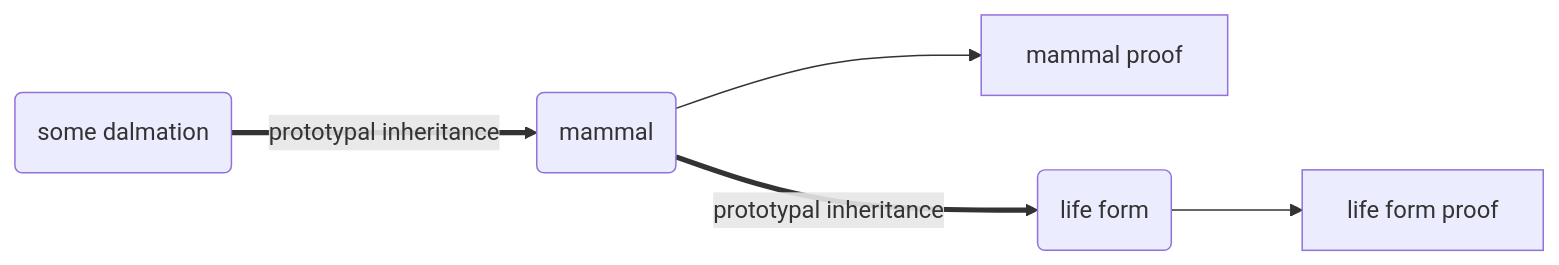
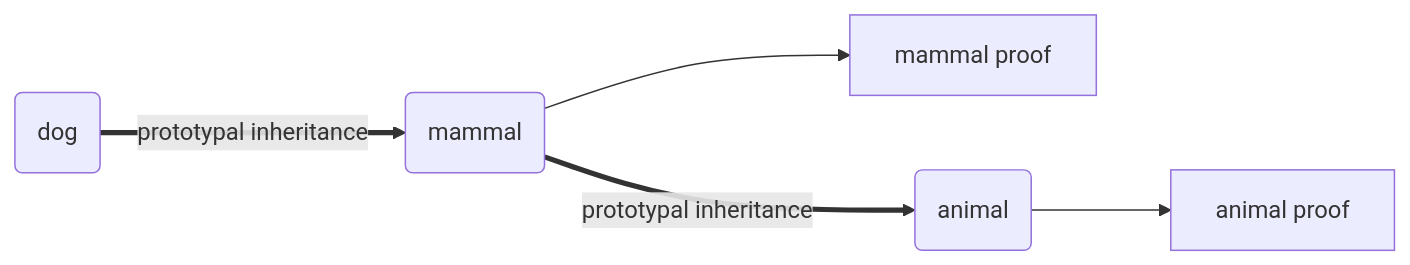
One commit to unrival-protocol/documentation changed the second of 5 diagrams in source/whitepaper.org. Above: the diagram before and after it, drawn with Mermaid. The commit also changed other lines of this file and 2 other files, not shown here.

```diff
--- a/source/whitepaper.org
+++ b/source/whitepaper.org
@@ -234,7 +226,7 @@
 #+begin_src mermaid :css-file ./mermaid-styles.css  :file static/images/indirect-proof-1.svg
 graph LR
-    A(some dalmation) == prototypal inheritance ==> B(mammal)
+    A(dog) == prototypal inheritance ==> B(mammal)
     B --> D[mammal proof]
-    B == prototypal inheritance ==> C(life form)
-    C --> E[life form proof]
+    B == prototypal inheritance ==> C(animal)
+    C --> E[animal proof]
 #+end_src
```
